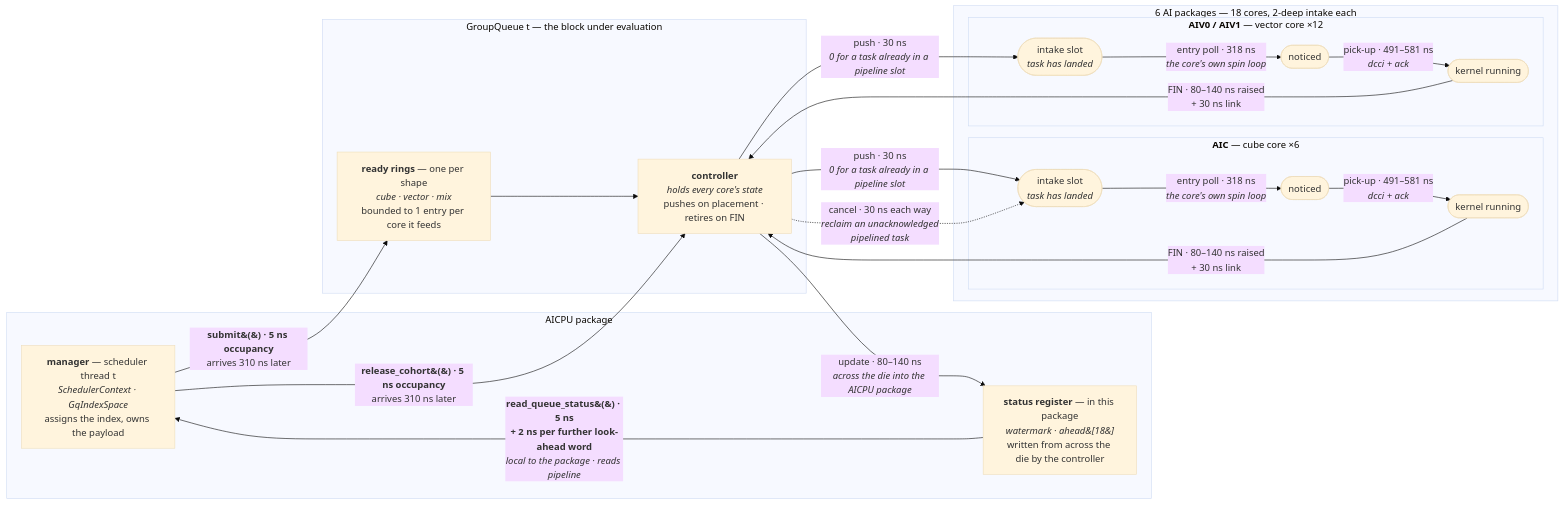
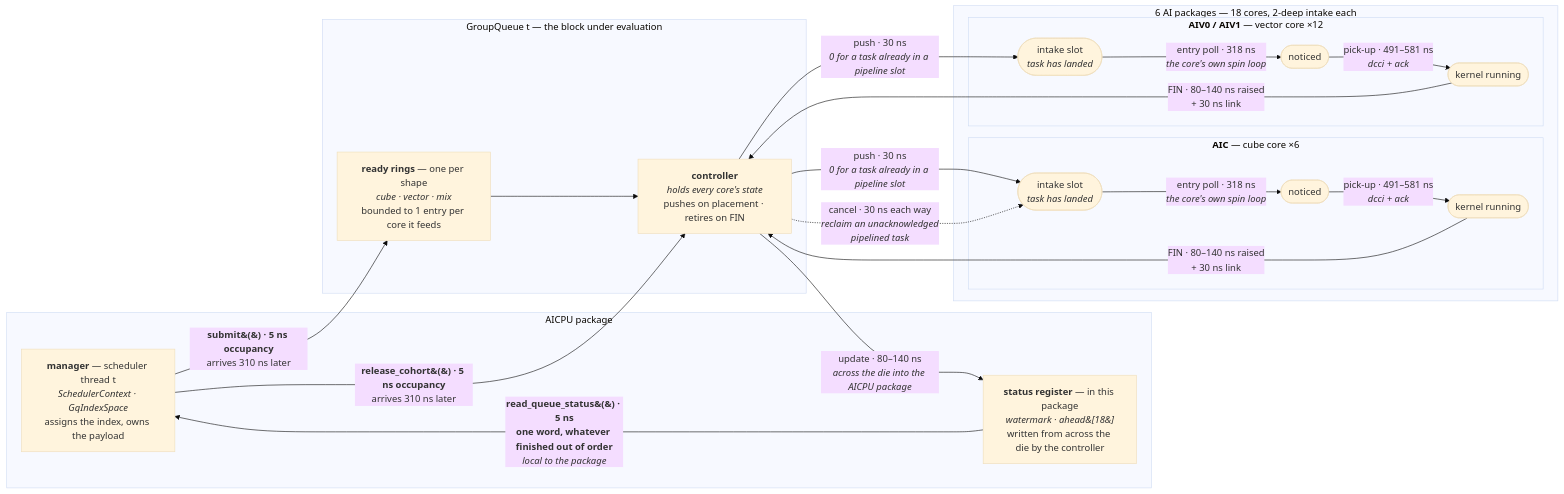
One commit to huawei-csl/simpler changed the first of 2 diagrams in docs/asim/device-model.md. Above: the diagram before and after it, drawn with Mermaid (base theme). The commit also changed other lines of this file and 4 other files, not shown here.

````diff
--- a/docs/asim/device-model.md
+++ b/docs/asim/device-model.md
@@ -537,40 +548,40 @@
 ```mermaid
 flowchart LR
     subgraph HOSTSIDE["AICPU package"]
         MGR["<b>manager</b> — scheduler thread t<br/><i>SchedulerContext · GqIndexSpace</i><br/>assigns the index, owns the payload"]
         STAT["<b>status register</b> — in this package<br/><i>watermark · ahead&#91;18&#93;</i><br/>written from across the die by the controller"]
     end
 
     subgraph QUEUE["GroupQueue t — the block under evaluation"]
         RINGS["<b>ready rings</b> — one per shape<br/><i>cube · vector · mix</i><br/>bounded to 1 entry per core it feeds"]
         CTRL["<b>controller</b><br/><i>holds every core's state</i><br/>pushes on placement · retires on FIN"]
     end
 
     subgraph FABRIC["6 AI packages — 18 cores, 2-deep intake each"]
         subgraph AICB["<b>AIC</b> — cube core ×6"]
             AICQ(["intake slot<br/><i>task has landed</i>"])
             AICN(["noticed"])
             AICK(["kernel running"])
             AICQ -- "entry poll · 318 ns<br/><i>the core's own spin loop</i>" --> AICN
             AICN -- "pick-up · 491–581 ns<br/><i>dcci + ack</i>" --> AICK
         end
         subgraph AIVB["<b>AIV0 / AIV1</b> — vector core ×12"]
             AIVQ(["intake slot<br/><i>task has landed</i>"])
             AIVN(["noticed"])
             AIVK(["kernel running"])
             AIVQ -- "entry poll · 318 ns<br/><i>the core's own spin loop</i>" --> AIVN
             AIVN -- "pick-up · 491–581 ns<br/><i>dcci + ack</i>" --> AIVK
         end
     end
 
     MGR -- "<b>submit&#40;&#41; · 5 ns occupancy</b><br/>arrives 310 ns later" --> RINGS
     MGR -- "<b>release_cohort&#40;&#41; · 5 ns occupancy</b><br/>arrives 310 ns later" --> CTRL
     RINGS --> CTRL
     CTRL -- "push · 30 ns<br/><i>0 for a task already in a pipeline slot</i>" --> AICQ
     CTRL -- "push · 30 ns<br/><i>0 for a task already in a pipeline slot</i>" --> AIVQ
     CTRL -. "cancel · 30 ns each way<br/><i>reclaim an unacknowledged<br/>pipelined task</i>" .-> AICQ
     AICK -- "FIN · 80–140 ns raised<br/>+ 30 ns link" --> CTRL
     AIVK -- "FIN · 80–140 ns raised<br/>+ 30 ns link" --> CTRL
     CTRL -- "update · 80–140 ns<br/><i>across the die into the AICPU package</i>" --> STAT
-    STAT -- "<b>read_queue_status&#40;&#41; · 5 ns</b><br/><b>+ 2 ns per further look-ahead word</b><br/><i>local to the package · reads pipeline</i>" --> MGR
+    STAT -- "<b>read_queue_status&#40;&#41; · 5 ns</b><br/><b>one word, whatever finished out of order</b><br/><i>local to the package</i>" --> MGR
 ```
````
